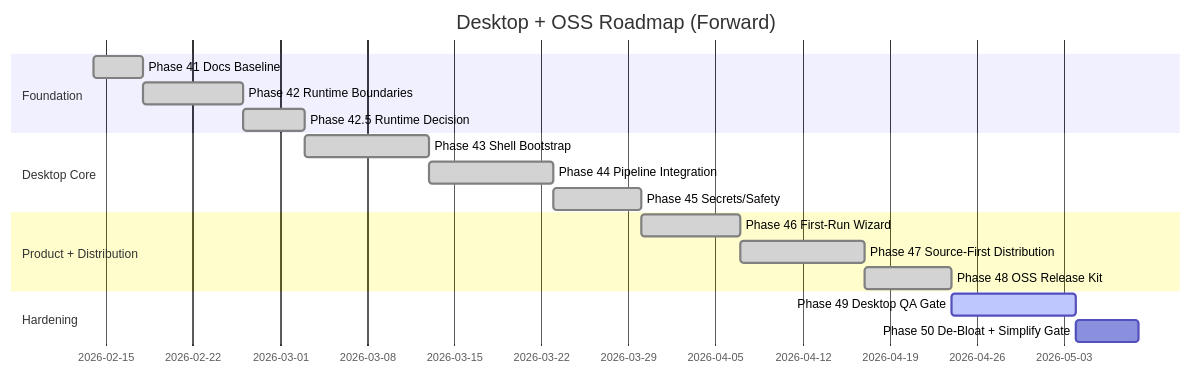
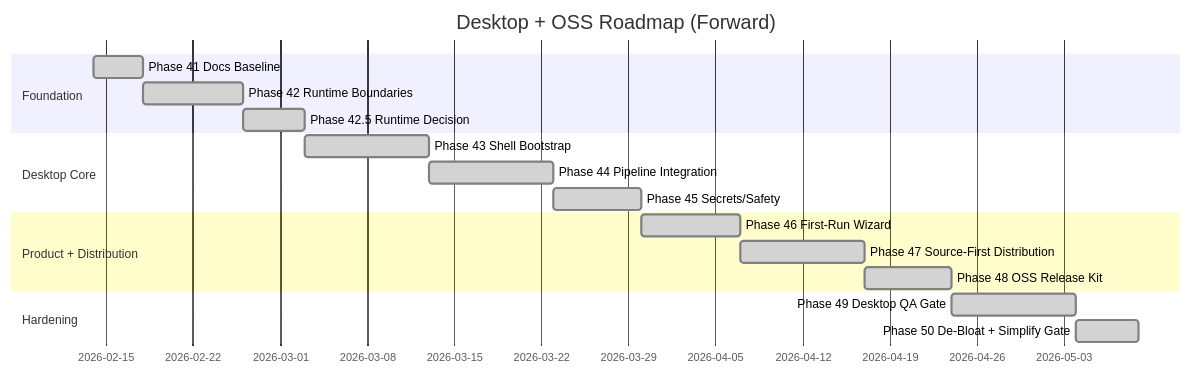
One commit to eeshansrivastava89/sidequests changed the third of 3 diagrams in docs/internal/IMPLEMENTATION_PLAN.md. Above: the diagram before and after it, drawn with Mermaid. The commit also changed other lines of this file and 14 other files, not shown here.

First line of the commit message:
phase 49-50: RC signoff, de-bloat gate, executable privacy check

````diff
--- a/docs/internal/IMPLEMENTATION_PLAN.md
+++ b/docs/internal/IMPLEMENTATION_PLAN.md
@@ -292,20 +292,20 @@
 ```mermaid
 gantt
   title Desktop + OSS Roadmap (Forward)
   dateFormat  YYYY-MM-DD
   section Foundation
   Phase 41 Docs Baseline           :done,   p41, 2026-02-14, 4d
   Phase 42 Runtime Boundaries      :done,   p42, after p41, 8d
   Phase 42.5 Runtime Decision      :done,   p425, after p42, 5d
   section Desktop Core
   Phase 43 Shell Bootstrap         :done,   p43, after p425, 10d
   Phase 44 Pipeline Integration    :done,   p44, after p43, 10d
   Phase 45 Secrets/Safety          :done,   p45, after p44, 7d
   section Product + Distribution
   Phase 46 First-Run Wizard        :done,   p46, after p45, 8d
   Phase 47 Source-First Distribution :done, p47, after p46, 10d
   Phase 48 OSS Release Kit         :done,   p48, after p47, 7d
   section Hardening
-  Phase 49 Desktop QA Gate         :active, p49, after p48, 10d
-  Phase 50 De-Bloat + Simplify Gate :p50, after p49, 5d
+  Phase 49 Desktop QA Gate         :done, p49, after p48, 10d
+  Phase 50 De-Bloat + Simplify Gate :done, p50, after p49, 5d
 ```
````
